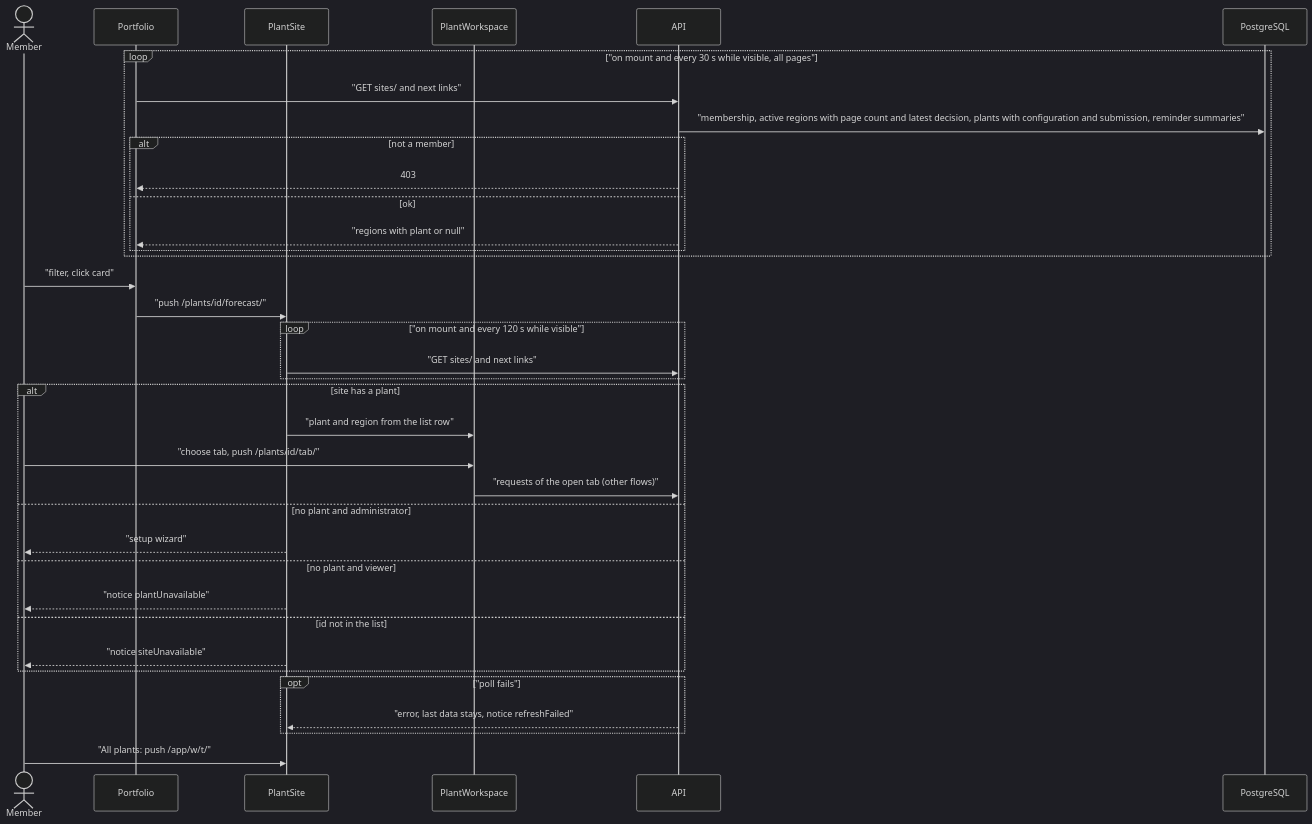
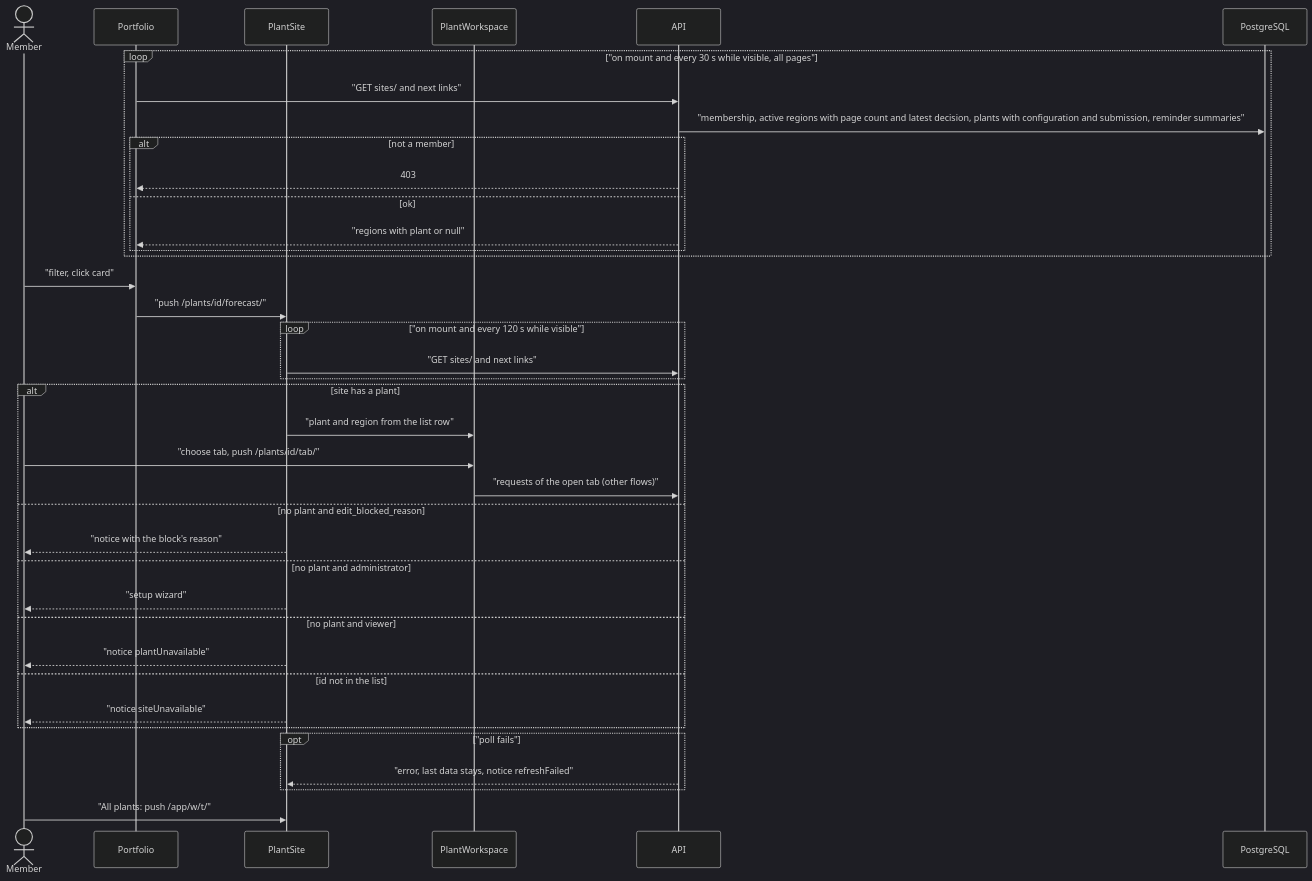
One commit to erkurtharun/pyracast changed the diagram in docs/flows/plant-portfolio.md. Above: the diagram before and after it, drawn with Mermaid (dark theme). The commit also changed other lines of this file and 52 other files, not shown here.

First line of the commit message:
Bring the flow pages in line with account erasure, typed plant values, on-demand loading, operations events and provider accounts

````diff
--- a/docs/flows/plant-portfolio.md
+++ b/docs/flows/plant-portfolio.md
@@ -14,38 +14,40 @@
 ```mermaid
 sequenceDiagram
     actor U as Member
     participant D as Portfolio
     participant S as PlantSite
     participant W as PlantWorkspace
     participant A as API
     participant DB as PostgreSQL
     loop "on mount and every 30 s while visible, all pages"
         D->>A: "GET sites/ and next links"
         A->>DB: "membership, active regions with page count and latest decision, plants with configuration and submission, reminder summaries"
         alt not a member
             A-->>D: 403
         else ok
             A-->>D: "regions with plant or null"
         end
     end
     U->>D: "filter, click card"
     D->>S: "push /plants/id/forecast/"
     loop "on mount and every 120 s while visible"
         S->>A: "GET sites/ and next links"
     end
     alt site has a plant
         S->>W: "plant and region from the list row"
         U->>W: "choose tab, push /plants/id/tab/"
         W->>A: "requests of the open tab (other flows)"
+    else no plant and edit_blocked_reason
+        S-->>U: "notice with the block's reason"
     else no plant and administrator
         S-->>U: "setup wizard"
     else no plant and viewer
         S-->>U: "notice plantUnavailable"
     else id not in the list
         S-->>U: "notice siteUnavailable"
     end
     opt "poll fails"
         A-->>S: "error, last data stays, notice refreshFailed"
     end
     U->>S: "All plants: push /app/w/t/"
 ```
````
